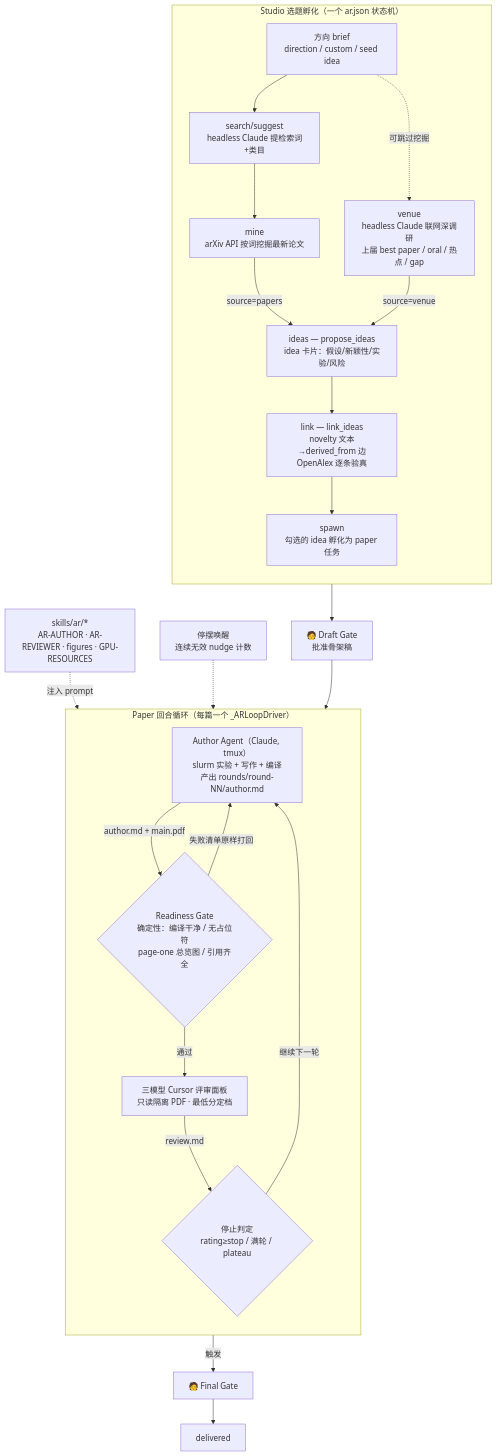
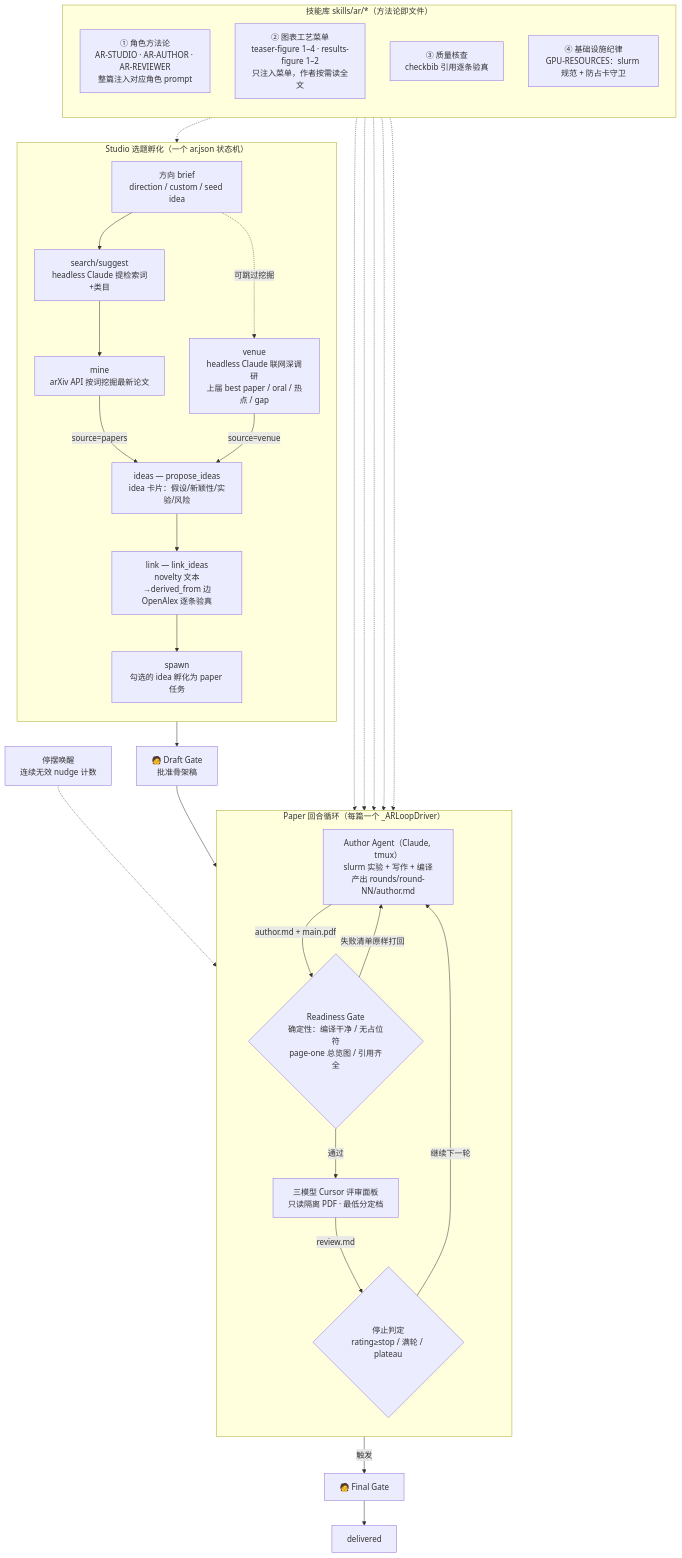
One commit to FutureMLS-Lab/Loom changed the diagram in docs/research-factory/arch.md. Above: the diagram before and after it, drawn with Mermaid.

Commit message:
Expand the skill library inside the flowchart itself

````diff
--- a/docs/research-factory/arch.md
+++ b/docs/research-factory/arch.md
@@ -8,38 +8,49 @@
 ```mermaid
 flowchart TB
     subgraph STUDIO["Studio 选题孵化（一个 ar.json 状态机）"]
         direction TB
         BRIEF["方向 brief<br/>direction / custom / seed idea"]
         SUG["search/suggest<br/>headless Claude 提检索词+类目"]
         MINE["mine<br/>arXiv API 按词挖掘最新论文"]
         VR["venue<br/>headless Claude 联网深调研<br/>上届 best paper / oral / 热点 / gap"]
         IDE["ideas — propose_ideas<br/>idea 卡片：假设/新颖性/实验/风险"]
         LNK["link — link_ideas<br/>novelty 文本→derived_from 边<br/>OpenAlex 逐条验真"]
         SPWN["spawn<br/>勾选的 idea 孵化为 paper 任务"]
         BRIEF --> SUG --> MINE
         BRIEF -.->|"可跳过挖掘"| VR
         MINE -->|"source=papers"| IDE
         VR -->|"source=venue"| IDE
         IDE --> LNK --> SPWN
     end
 
     subgraph PAPER["Paper 回合循环（每篇一个 _ARLoopDriver）"]
         direction TB
         AUTH["Author Agent（Claude, tmux）<br/>slurm 实验 + 写作 + 编译<br/>产出 rounds/round-NN/author.md"]
         RG{"Readiness Gate<br/>确定性：编译干净 / 无占位符<br/>page-one 总览图 / 引用齐全"}
         PANEL["三模型 Cursor 评审面板<br/>只读隔离 PDF · 最低分定档"]
         STOPQ{"停止判定<br/>rating≥stop / 满轮 / plateau"}
         AUTH -->|"author.md + main.pdf"| RG
         RG -->|"失败清单原样打回"| AUTH
         RG -->|"通过"| PANEL
         PANEL -->|"review.md"| STOPQ
         STOPQ -->|"继续下一轮"| AUTH
     end
 
     SPWN --> DG["🧑 Draft Gate<br/>批准骨架稿"] --> PAPER
     STOPQ -->|"触发"| FG["🧑 Final Gate"] --> DONE["delivered"]
 
-    SKILLS["skills/ar/*<br/>AR-AUTHOR · AR-REVIEWER · figures · GPU-RESOURCES"]
-    SKILLS -.->|"注入 prompt"| AUTH
+    subgraph SKILLS["技能库 skills/ar/*（方法论即文件）"]
+        direction TB
+        SK1["① 角色方法论<br/>AR-STUDIO · AR-AUTHOR · AR-REVIEWER<br/>整篇注入对应角色 prompt"]
+        SK2["② 图表工艺菜单<br/>teaser-figure 1–4 · results-figure 1–2<br/>只注入菜单，作者按需读全文"]
+        SK3["③ 质量核查<br/>checkbib 引用逐条验真"]
+        SK4["④ 基础设施纪律<br/>GPU-RESOURCES：slurm 规范 + 防占卡守卫"]
+    end
+    SK1 -.-> IDE
+    SK1 -.-> AUTH
+    SK1 -.-> PANEL
+    SK2 -.-> AUTH
+    SK3 -.-> AUTH
+    SK4 -.-> AUTH
     STALL["停摆唤醒<br/>连续无效 nudge 计数"] -.-> AUTH
 ```
````
